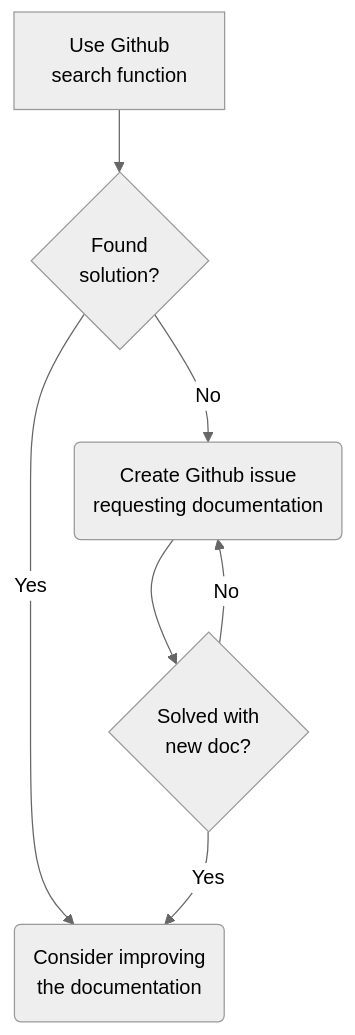
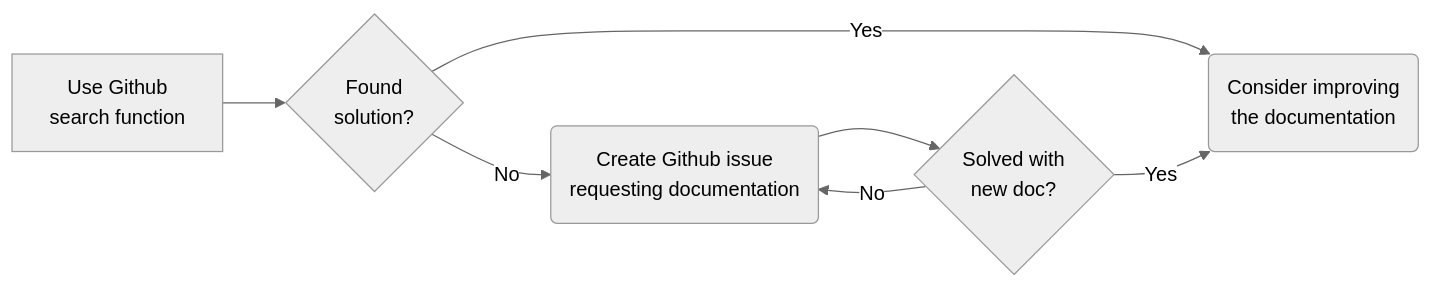
Before and after one commit to cbmed/test_wiki_public: the first of 2 diagrams in README.md, drawn with Mermaid (neutral theme). The commit also changed other lines of this file, not shown here.

````diff
--- a/README.md
+++ b/README.md
@@ -14,9 +14,9 @@
 ```mermaid
-flowchart TD
+flowchart LR
     A[Use Github\nsearch function] -->B{Found\nsolution?}
     B -->|Yes|C(Consider improving\nthe documentation)
     B -->|No|D(Create Github issue\nrequesting documentation)
     D -->E{Solved with \n new doc?}
     E -->|Yes|C
     E -->|No|D
 ```
````
